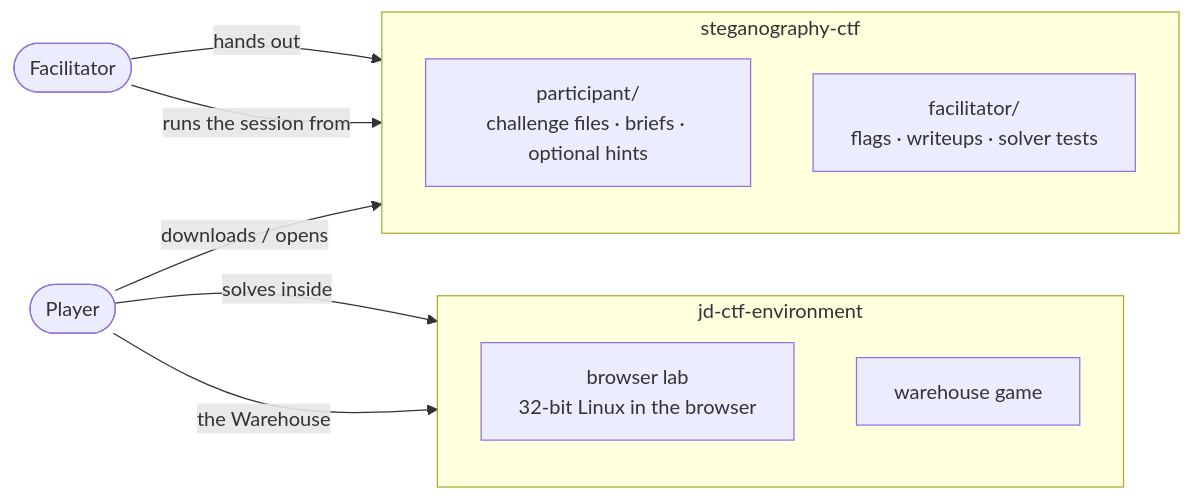
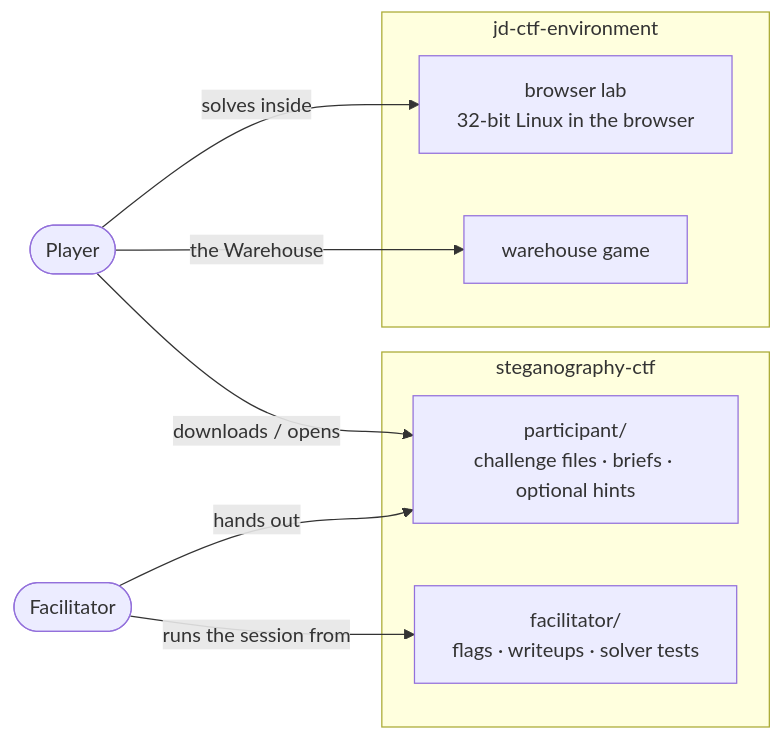
The first of 2 diagrams in src/content/readmes/steganography-ctf/README.md (jdtherobot/jdtherobot.github.io), drawn with Mermaid before and after one commit. The commit also changed other lines of this file and 8 other files, not shown here.

````diff
--- a/src/content/readmes/steganography-ctf/README.md
+++ b/src/content/readmes/steganography-ctf/README.md
@@ -26,18 +26,16 @@
 ```mermaid
 flowchart LR
   subgraph content["steganography-ctf"]
-    direction TB
     P["participant/<br/>challenge files · briefs · optional hints"]
     F["facilitator/<br/>flags · writeups · solver tests"]
   end
   subgraph env["jd-ctf-environment"]
-    direction TB
     LAB["browser lab<br/>32-bit Linux in the browser"]
     GAME["warehouse game"]
   end
   FAC(["Facilitator"]) -->|hands out| P
   FAC -->|runs the session from| F
   PLAYER(["Player"]) -->|downloads / opens| P
   PLAYER -->|solves inside| LAB
   PLAYER -->|the Warehouse| GAME
 ```
````
